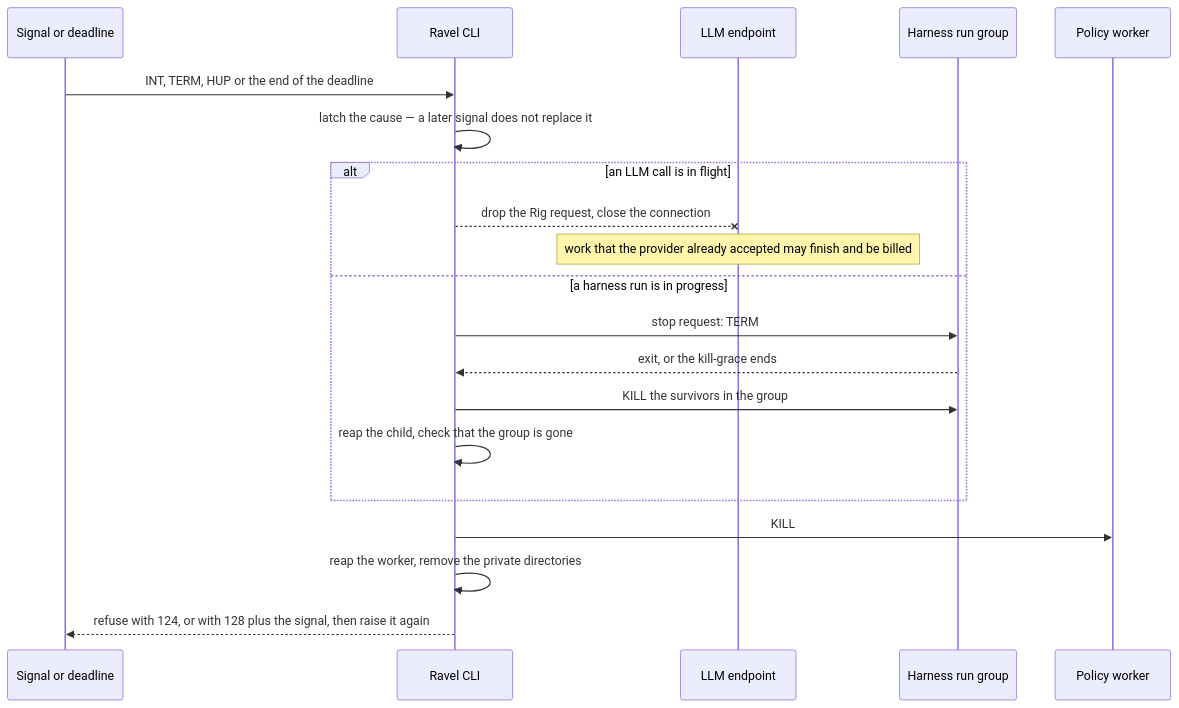
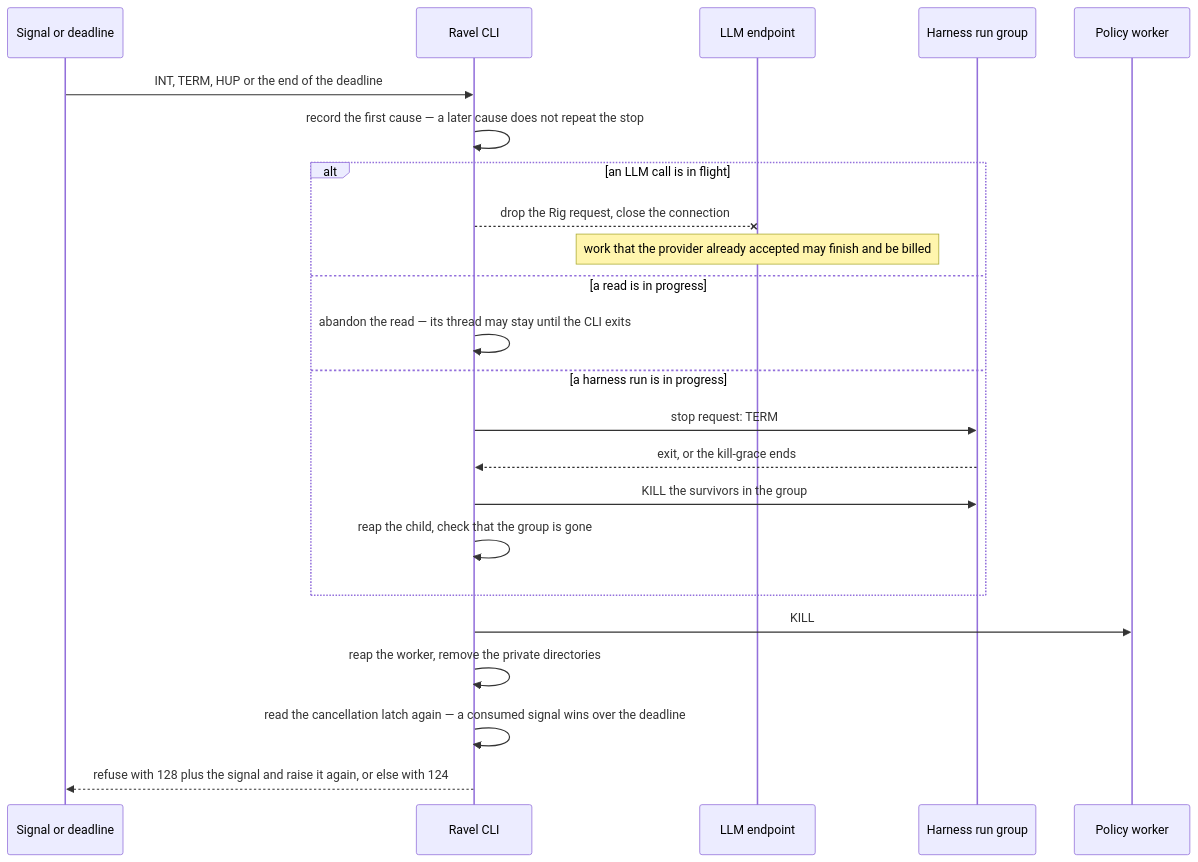
One commit to Linkuistics/Ravel changed the diagram in docs/design/rhai-policy/stopping-sequence.mmd. Above: the diagram before and after it, drawn with Mermaid. The commit also changed 9 other files, not shown here.

```diff
--- a/docs/design/rhai-policy/stopping-sequence.mmd
+++ b/docs/design/rhai-policy/stopping-sequence.mmd
@@ -1,20 +1,23 @@
 sequenceDiagram
   participant S as Signal or deadline
   participant R as Ravel CLI
   participant E as LLM endpoint
   participant H as Harness run group
   participant W as Policy worker
   S->>R: INT, TERM, HUP or the end of the deadline
-  R->>R: latch the cause — a later signal does not replace it
+  R->>R: record the first cause — a later cause does not repeat the stop
   alt an LLM call is in flight
     R--xE: drop the Rig request, close the connection
     Note over E: work that the provider already accepted may finish and be billed
+  else a read is in progress
+    R->>R: abandon the read — its thread may stay until the CLI exits
   else a harness run is in progress
     R->>H: stop request: TERM
     H-->>R: exit, or the kill-grace ends
     R->>H: KILL the survivors in the group
     R->>R: reap the child, check that the group is gone
   end
   R->>W: KILL
   R->>R: reap the worker, remove the private directories
-  R-->>S: refuse with 124, or with 128 plus the signal, then raise it again
+  R->>R: read the cancellation latch again — a consumed signal wins over the deadline
+  R-->>S: refuse with 128 plus the signal and raise it again, or else with 124
```
